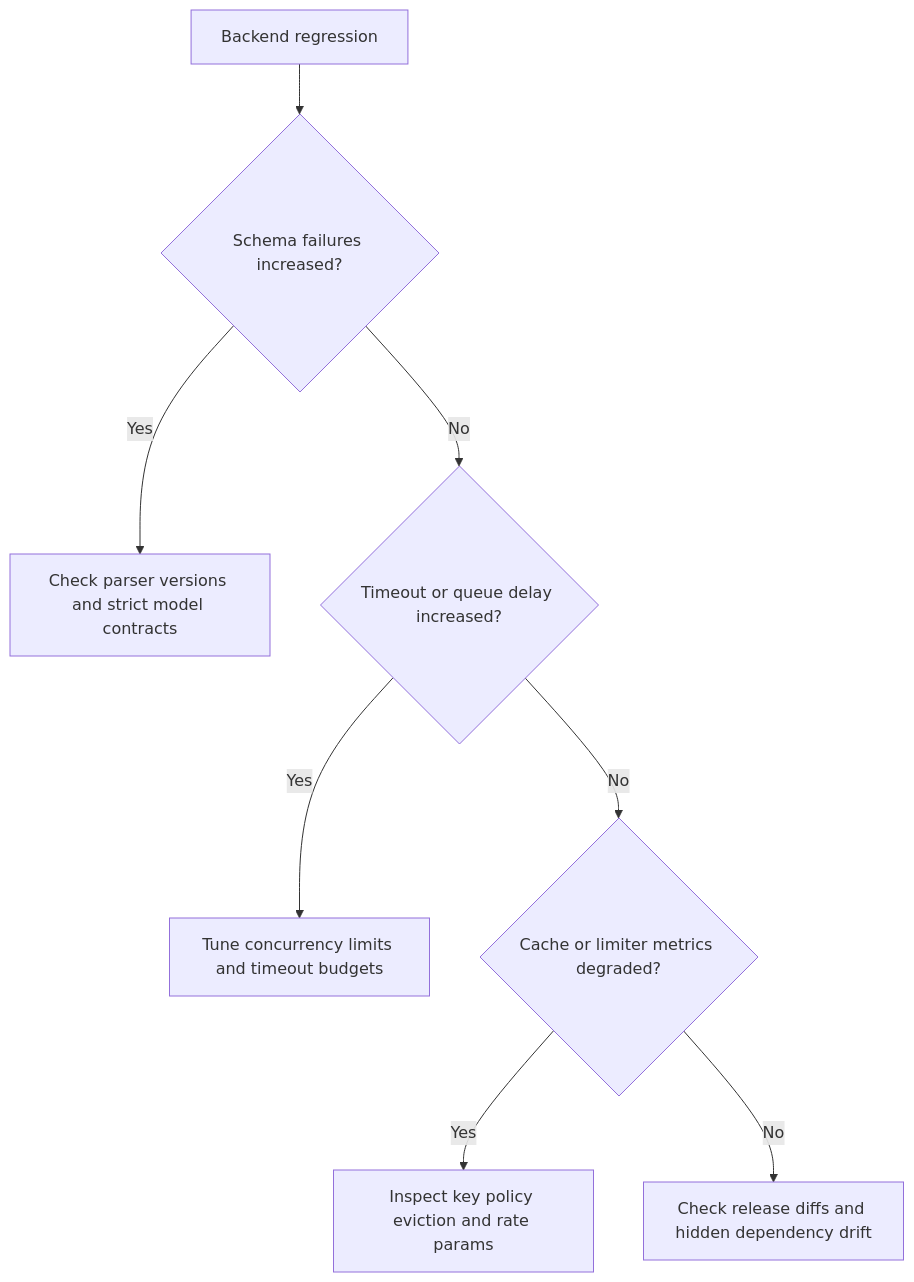
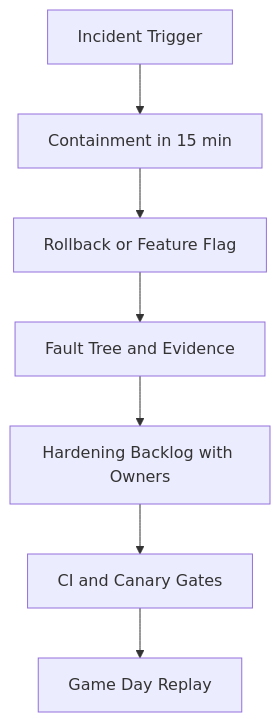
Before and after one commit to vnaveenb/gen-ai-road-map: the second of 2 diagrams in library/core/python-dsa/interviews/python-and-dsa-ai-systems-questions.md, drawn with Mermaid. The commit also changed other lines of this file and 12 other files, not shown here.

````diff
--- a/library/core/python-dsa/interviews/python-and-dsa-ai-systems-questions.md
+++ b/library/core/python-dsa/interviews/python-and-dsa-ai-systems-questions.md
@@ -388,10 +1003,9 @@
 ```mermaid
 flowchart TD
-    A[Backend regression] --> B{Schema failures increased?}
-    B -- Yes --> C[Check parser versions and strict model contracts]
-    B -- No --> D{Timeout or queue delay increased?}
-    D -- Yes --> E[Tune concurrency limits and timeout budgets]
-    D -- No --> F{Cache or limiter metrics degraded?}
-    F -- Yes --> G[Inspect key policy eviction and rate params]
-    F -- No --> H[Check release diffs and hidden dependency drift]
+  A[Incident Trigger] --> B[Containment in 15 min]
+  B --> C[Rollback or Feature Flag]
+  C --> D[Fault Tree and Evidence]
+  D --> E[Hardening Backlog with Owners]
+  E --> F[CI and Canary Gates]
+  F --> G[Game Day Replay]
 ```
````
